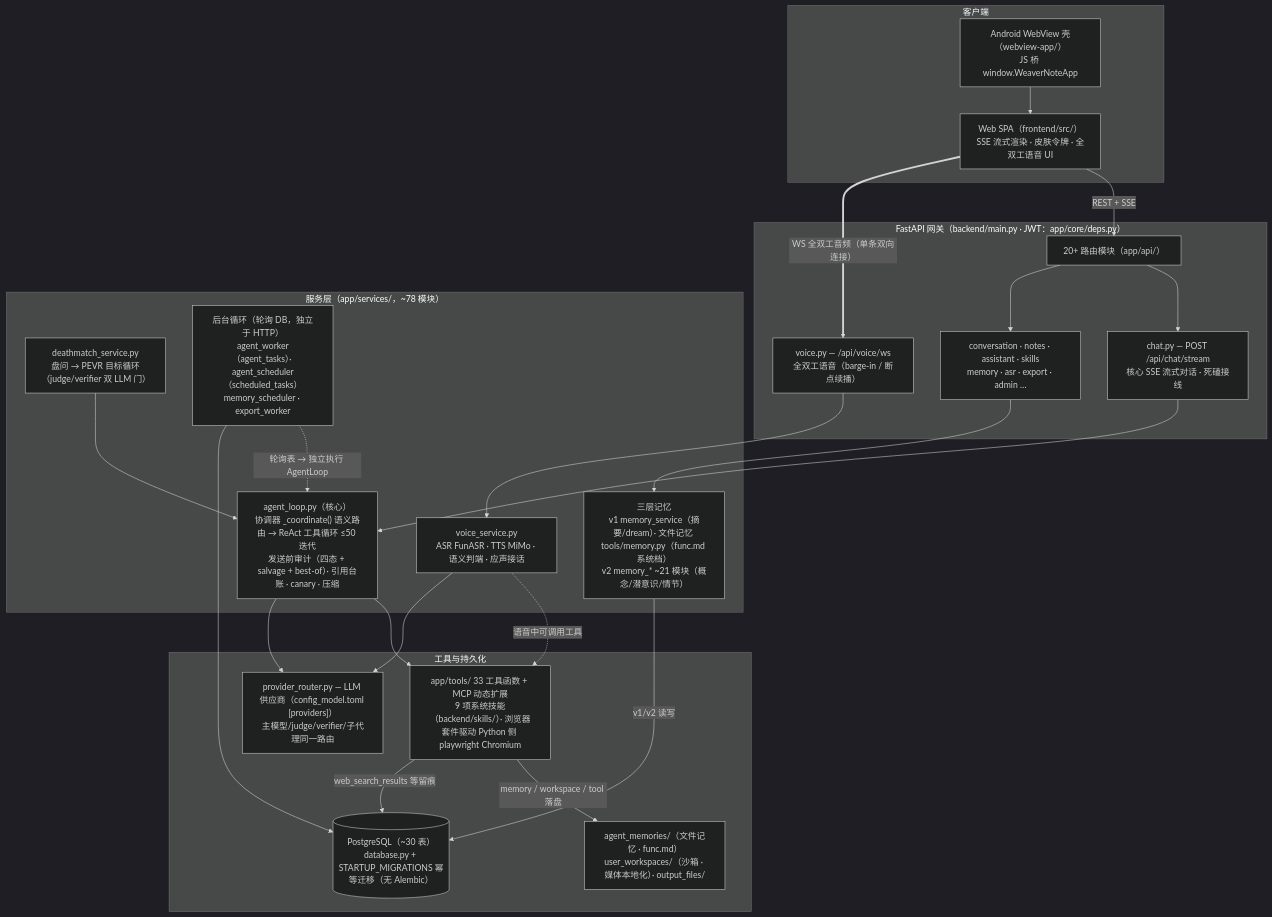
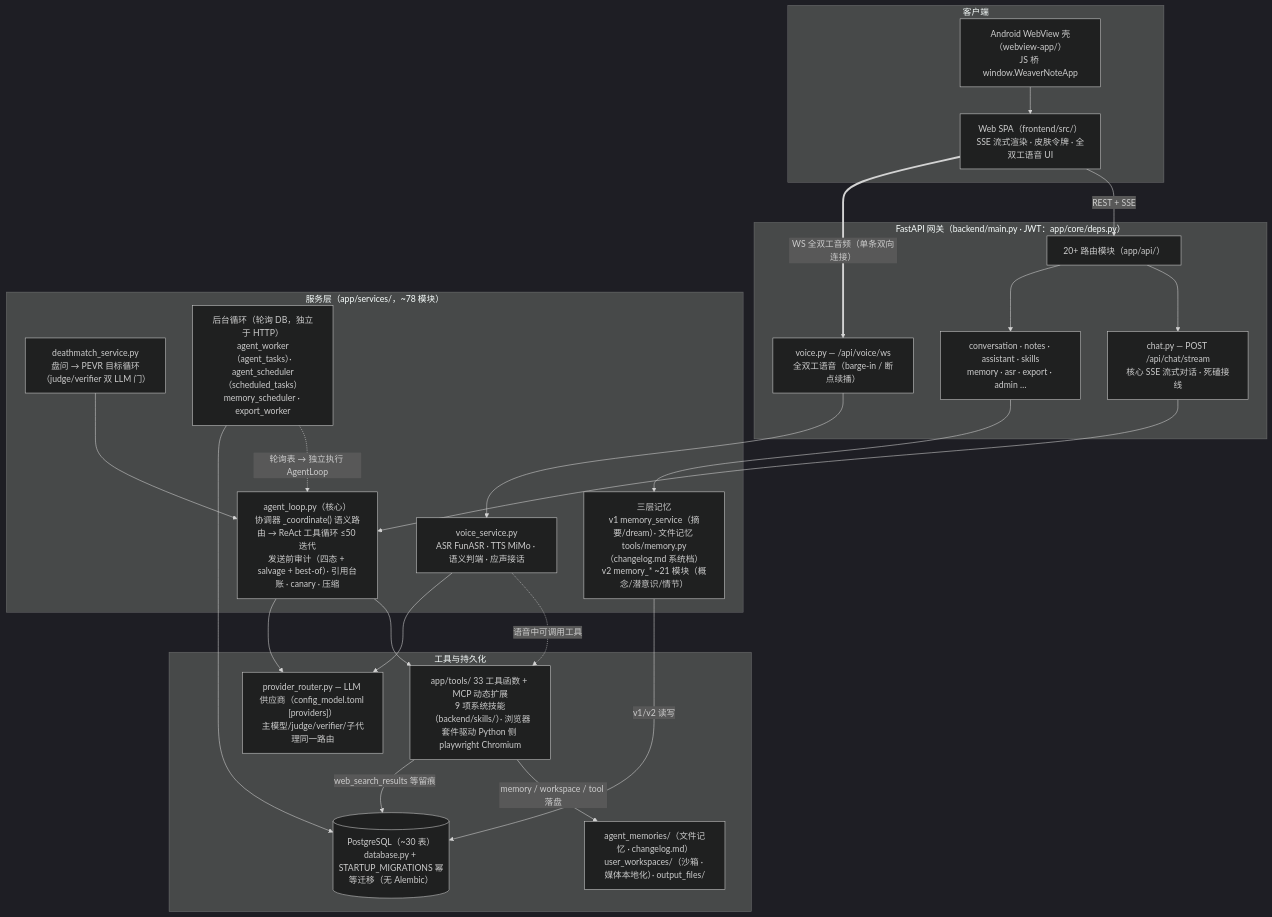
Before and after one commit to logandoo/weave-thinker: the first of 2 diagrams in docs/ARCHITECTURE.md, drawn with Mermaid (dark theme). The commit also changed other lines of this file and 117 other files, not shown here.

Commit message:
sync: rebuild from main (chatbot@6f8435751) — model gateway, 38-tool set, changelog.md system doc, deathmatch/voice/memory updates, README/docs refresh

````diff
--- a/docs/ARCHITECTURE.md
+++ b/docs/ARCHITECTURE.md
@@ -39,43 +39,43 @@
 ```mermaid
 flowchart TD
     subgraph C["客户端"]
         WEB["Web SPA（frontend/src/）<br/>SSE 流式渲染 · 皮肤令牌 · 全双工语音 UI"]
         AND["Android WebView 壳（webview-app/）<br/>JS 桥 window.WeaverNoteApp"]
     end
     subgraph G["FastAPI 网关（backend/main.py · JWT：app/core/deps.py）"]
         GW["20+ 路由模块（app/api/）"]
         CHAT["chat.py — POST /api/chat/stream<br/>核心 SSE 流式对话 · 死磕接线"]
         VOICE["voice.py — /api/voice/ws<br/>全双工语音（barge-in / 断点续播）"]
         REST["conversation · notes · assistant · skills<br/>memory · asr · export · admin …"]
     end
     subgraph S["服务层（app/services/，~78 模块）"]
         LOOP["agent_loop.py（核心）<br/>协调器 _coordinate() 语义路由 → ReAct 工具循环 ≤50 迭代<br/>发送前审计（四态 + salvage + best-of）· 引用台账 · canary · 压缩"]
         DM["deathmatch_service.py<br/>盘问 → PEVR 目标循环（judge/verifier 双 LLM 门）"]
         VS["voice_service.py<br/>ASR FunASR · TTS MiMo · 语义判端 · 应声接话"]
-        MEM["三层记忆<br/>v1 memory_service（摘要/dream）· 文件记忆 tools/memory.py（func.md 系统档）<br/>v2 memory_* ~21 模块（概念/潜意识/情节）"]
+        MEM["三层记忆<br/>v1 memory_service（摘要/dream）· 文件记忆 tools/memory.py（changelog.md 系统档）<br/>v2 memory_* ~21 模块（概念/潜意识/情节）"]
         BK["后台循环（轮询 DB，独立于 HTTP）<br/>agent_worker（agent_tasks）· agent_scheduler（scheduled_tasks）<br/>memory_scheduler · export_worker"]
     end
     subgraph P["工具与持久化"]
         TL["app/tools/ 33 工具函数 + MCP 动态扩展<br/>9 项系统技能（backend/skills/）· 浏览器套件驱动 Python 侧 playwright Chromium"]
         LLM["provider_router.py — LLM 供应商（config_model.toml [providers]）<br/>主模型/judge/verifier/子代理同一路由"]
         DB[("PostgreSQL（~30 表）<br/>database.py + STARTUP_MIGRATIONS 幂等迁移（无 Alembic）")]
-        FS["agent_memories/（文件记忆 · func.md）<br/>user_workspaces/（沙箱 · 媒体本地化）· output_files/"]
+        FS["agent_memories/（文件记忆 · changelog.md）<br/>user_workspaces/（沙箱 · 媒体本地化）· output_files/"]
     end
     AND --> WEB
     WEB -- "REST + SSE" --> GW
     WEB == "WS 全双工音频（单条双向连接）" ==> VOICE
     GW --> CHAT & REST
     CHAT --> LOOP
     DM --> LOOP
     REST --> MEM
     VOICE --> VS
     VS -. "语音中可调用工具" .-> TL
     LOOP --> TL
     LOOP --> LLM
     VS --> LLM
     MEM -- "v1/v2 读写" --> DB
     BK -. "轮询表 → 独立执行 AgentLoop" .-> LOOP
     BK --> DB
     TL -- "memory / workspace / tool 落盘" --> FS
     TL -- "web_search_results 等留痕" --> DB
 ```
````
